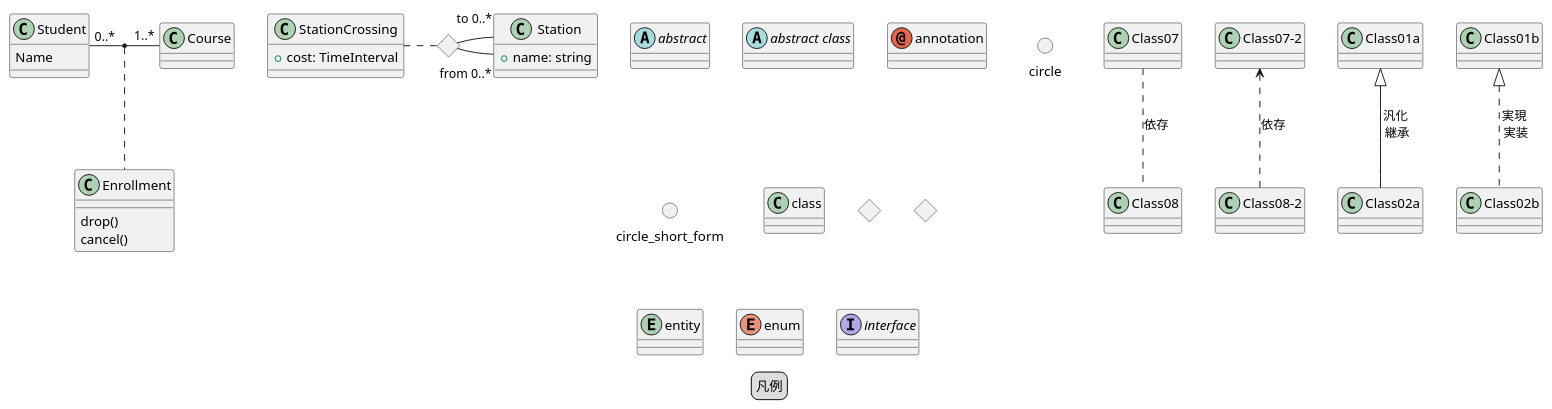
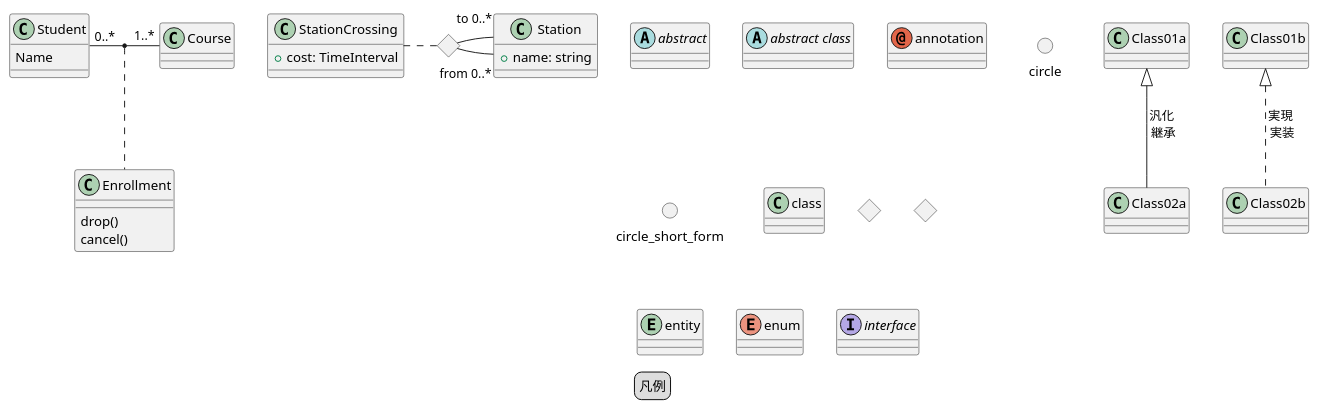
One commit to peregrin8alde/learn-ossdb-gold changed the diagram in site/content/ja/docs/Appendix/uml/class/puml/legend/classe-legends.puml. Above: the diagram before and after it, drawn with PlantUML. The commit also changed 4 other files, not shown here.

```diff
--- a/site/content/ja/docs/Appendix/uml/class/puml/legend/classe-legends.puml
+++ b/site/content/ja/docs/Appendix/uml/class/puml/legend/classe-legends.puml
@@ -1,56 +1,54 @@
 @startuml
 /'
 コメント
 '/
 legend
 凡例
 endlegend
 
 abstract "abstract"
 abstract class "abstract class"
 annotation "annotation"
 circle "circle"
 () "circle_short_form"
 class "class"
 diamond diamond
 <> diamond_short_form
 entity "entity"
 enum "enum"
 interface "interface"
 
 
-"Class07" .. "Class08" : "依存"
-"Class07-2" <.. "Class08-2" : "依存"
 "Class01a" <|-- "Class02a" : "汎化\n 継承"
 "Class01b" <|.. "Class02b" : "実現\n 実装"
 
 /'
 関連クラス
 '/
 class Student {
   Name
 }
 Student "0..*" - "1..*" Course
   (Student, Course) .. Enrollment
   class Enrollment {
   drop()
   cancel()
 }
 
 /'
 複数関連
 '/
 class Station {
   +name: string
 }
 class StationCrossing {
   +cost: TimeInterval
 }
 <> diamond1
 StationCrossing . diamond1
 diamond1 - "from 0..*" Station
 diamond1 - "to 0..* " Station
 
 
 
 @enduml
```
